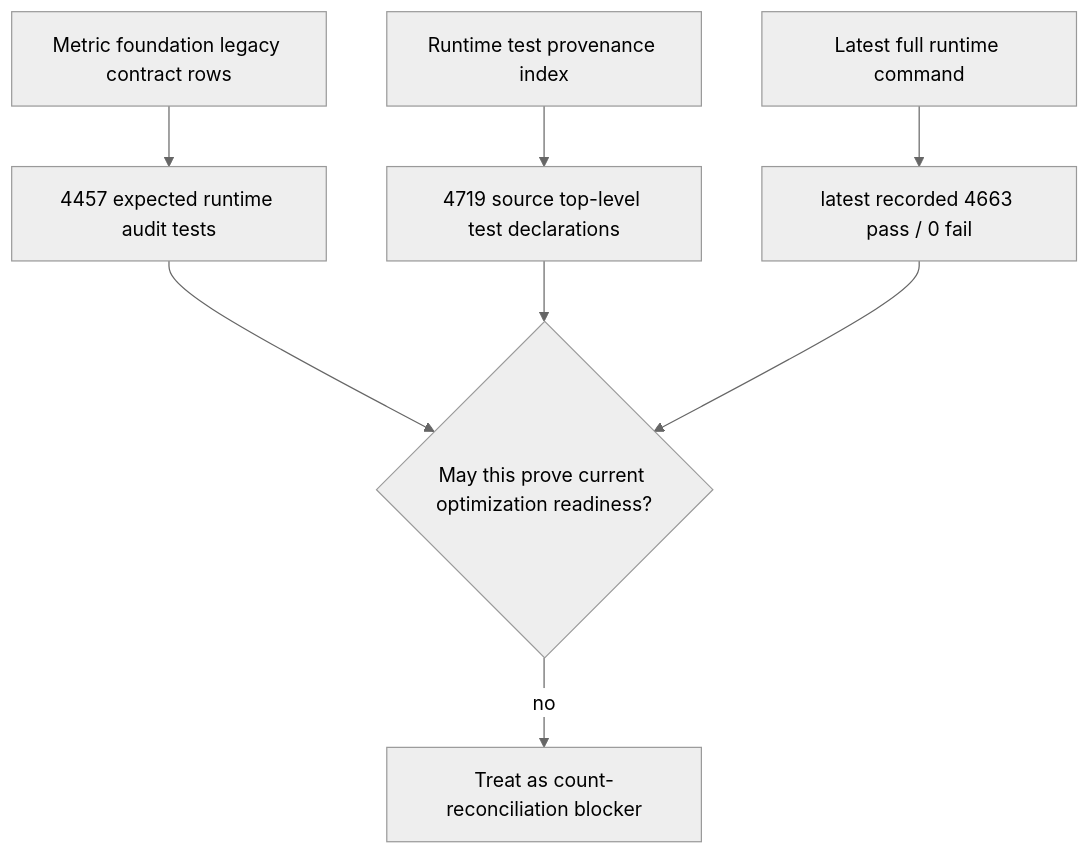
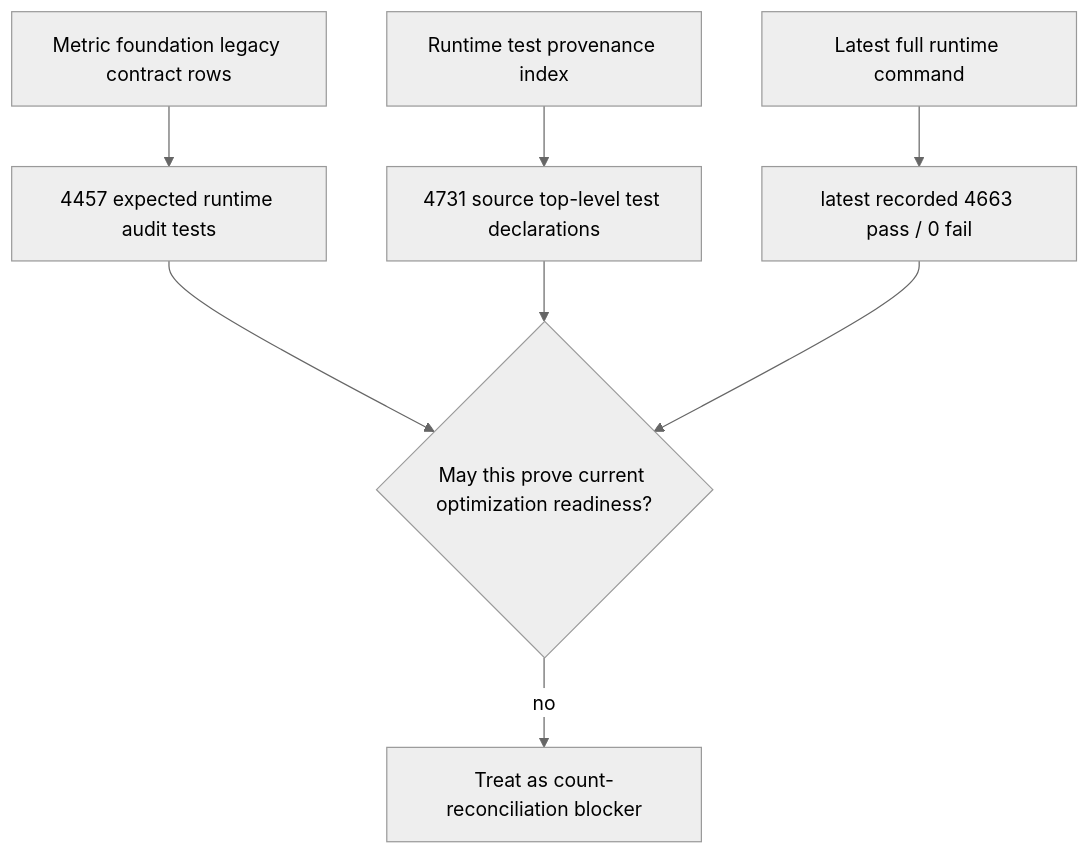
Before and after one commit to varshneydevansh/FilterTube: the diagram in docs/audit/FILTERTUBE_FIRST_OPTIMIZATION_METRIC_FOUNDATION_CONTRACT_COVERAGE_GATE_CURRENT_BEHAVIOR_2026-05-24.md, drawn with Mermaid (neutral theme). The commit also changed other lines of this file and 86 other files, not shown here.

Commit message:
test: refresh runtime count provenance proof

````diff
--- a/docs/audit/FILTERTUBE_FIRST_OPTIMIZATION_METRIC_FOUNDATION_CONTRACT_COVERAGE_GATE_CURRENT_BEHAVIOR_2026-05-24.md
+++ b/docs/audit/FILTERTUBE_FIRST_OPTIMIZATION_METRIC_FOUNDATION_CONTRACT_COVERAGE_GATE_CURRENT_BEHAVIOR_2026-05-24.md
@@ -183,10 +183,10 @@
 ```mermaid
 flowchart TD
   A["Metric foundation legacy contract rows"] --> B["4457 expected runtime audit tests"]
-  C["Runtime test provenance index"] --> D["4719 source top-level test declarations"]
+  C["Runtime test provenance index"] --> D["4731 source top-level test declarations"]
   E["Latest full runtime command"] --> F["latest recorded 4663 pass / 0 fail"]
   B --> G{"May this prove current optimization readiness?"}
   D --> G
   F --> G
   G -->|"no"| H["Treat as count-reconciliation blocker"]
 ```
````
